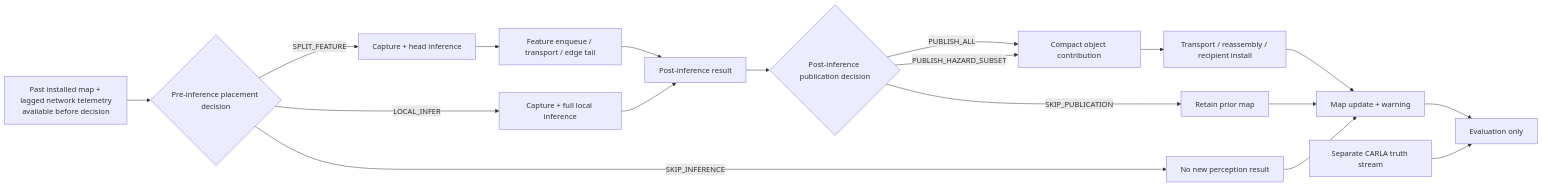
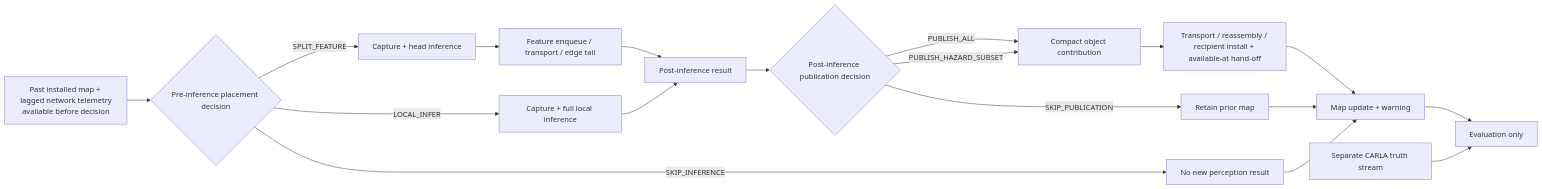
One commit to man-of-mind/SceneSense-Abiodun changed the diagram in phase2_map_sharing/PHASE2_PAIRED_CAUSAL_CORPUS_SPEC.md. Above: the diagram before and after it, drawn with Mermaid. The commit also changed other lines of this file and 18 other files, not shown here.

````diff
--- a/phase2_map_sharing/PHASE2_PAIRED_CAUSAL_CORPUS_SPEC.md
+++ b/phase2_map_sharing/PHASE2_PAIRED_CAUSAL_CORPUS_SPEC.md
@@ -80,20 +138,20 @@
 ```mermaid
 flowchart LR
     A[Past installed map + lagged network telemetry<br/>available before decision] --> B{Pre-inference placement decision}
     B -->|SPLIT_FEATURE| C[Capture + head inference]
     C --> D[Feature enqueue / transport / edge tail]
     B -->|LOCAL_INFER| E[Capture + full local inference]
     B -->|SKIP_INFERENCE| F[No new perception result]
     D --> G[Post-inference result]
     E --> G
     G --> H{Post-inference publication decision}
     H -->|PUBLISH_ALL| I[Compact object contribution]
     H -->|PUBLISH_HAZARD_SUBSET| I
     H -->|SKIP_PUBLICATION| J[Retain prior map]
-    I --> K[Transport / reassembly / recipient install]
+    I --> K[Transport / reassembly / recipient install + available-at hand-off]
     K --> L[Map update + warning]
     F --> L
     J --> L
     M[Separate CARLA truth stream] --> N[Evaluation only]
     L --> N
 ```
````
